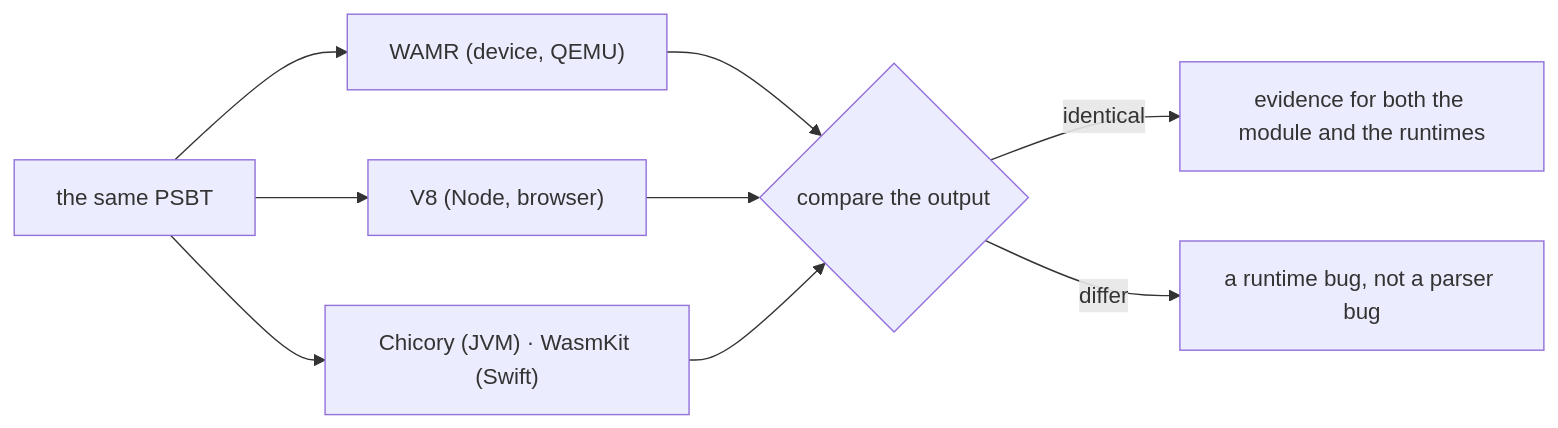
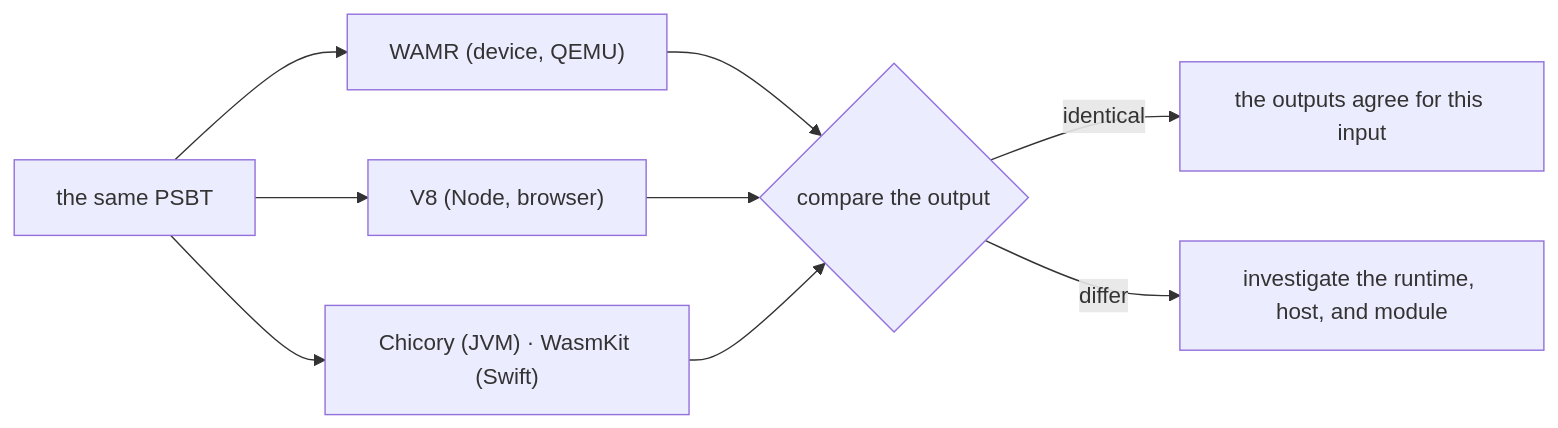
One commit to habakan/bitwasm-signer changed the diagram in docs/everywhere.md. Above: the diagram before and after it, drawn with Mermaid. The commit also changed other lines of this file and 8 other files, not shown here.

````diff
--- a/docs/everywhere.md
+++ b/docs/everywhere.md
@@ -46,12 +46,12 @@
 ```mermaid
 flowchart LR
     input["the same PSBT"]
     input --> r1["WAMR (device, QEMU)"]
     input --> r2["V8 (Node, browser)"]
     input --> r3["Chicory (JVM) · WasmKit (Swift)"]
     r1 --> cmp{"compare the output"}
     r2 --> cmp
     r3 --> cmp
-    cmp -->|"identical"| ok["evidence for both the module and the runtimes"]
-    cmp -->|"differ"| bug["a runtime bug, not a parser bug"]
+    cmp -->|"identical"| ok["the outputs agree for this input"]
+    cmp -->|"differ"| bug["investigate the runtime, host, and module"]
 ```
````
